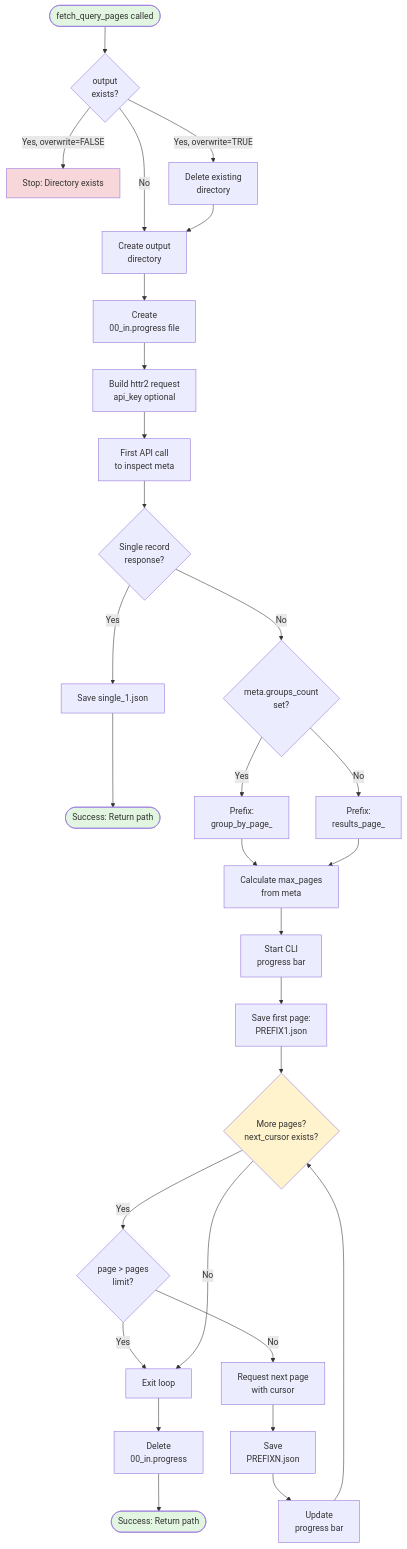
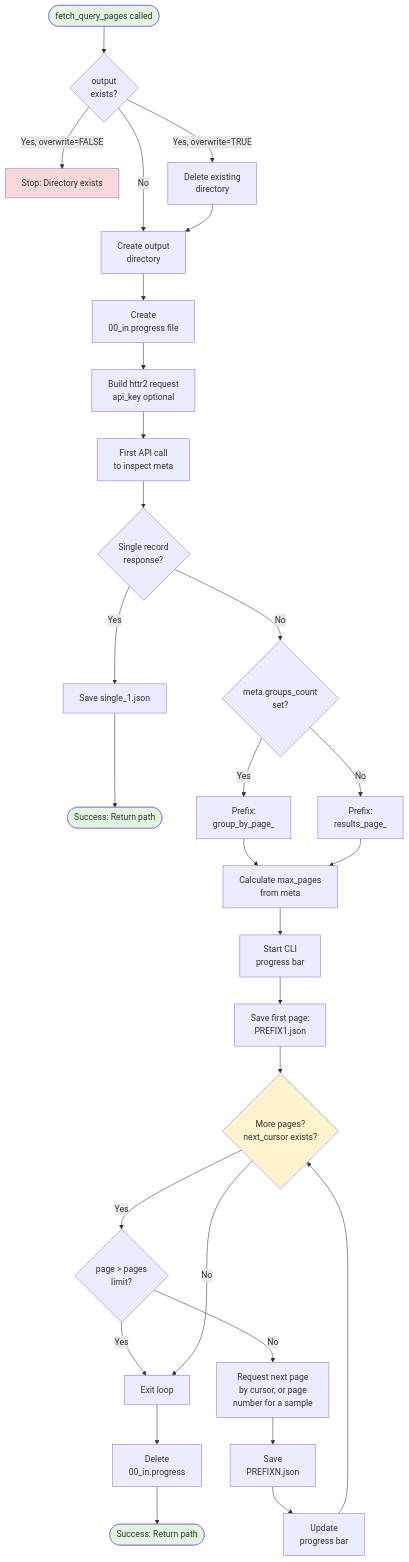
Before and after one commit to openalexPro/openalexPro: the second of 6 diagrams in vignettes/pro_request.qmd, drawn with Mermaid. The commit also changed other lines of this file and 2 other files, not shown here.

Commit message:
docs: describe per-query failures, sample and semantic paging in pro_request()

````diff
--- a/vignettes/pro_request.qmd
+++ b/vignettes/pro_request.qmd
@@ -304,45 +309,45 @@
 ```{mermaid}
 flowchart TD
     Start([fetch_query_pages called]) --> CheckOutput{output<br/>exists?}
 
     CheckOutput -->|Yes, overwrite=FALSE| ErrorExists[Stop: Directory exists]
     CheckOutput -->|Yes, overwrite=TRUE| DeleteDir[Delete existing<br/>directory]
     CheckOutput -->|No| CreateDir[Create output<br/>directory]
 
     DeleteDir --> CreateDir
     CreateDir --> CreateProgress[Create<br/>00_in.progress file]
     CreateProgress --> BuildRequest[Build httr2 request<br/>api_key optional]
 
     BuildRequest --> FirstRequest[First API call<br/>to inspect meta]
     FirstRequest --> CheckSingle{Single record<br/>response?}
 
     CheckSingle -->|Yes| SaveSingle[Save single_1.json]
     SaveSingle --> Success1([Success: Return path])
 
     CheckSingle -->|No| CheckGroup{meta.groups_count<br/>set?}
     CheckGroup -->|Yes| PrefixGroup[Prefix:<br/>group_by_page_]
     CheckGroup -->|No| PrefixResults[Prefix:<br/>results_page_]
     PrefixGroup --> CalcMaxPages[Calculate max_pages<br/>from meta]
     PrefixResults --> CalcMaxPages
     CalcMaxPages --> StartProgress[Start CLI<br/>progress bar]
     StartProgress --> SaveFirst[Save first page:<br/>PREFIX1.json]
 
     SaveFirst --> PageLoop{More pages?<br/>next_cursor exists?}
 
     PageLoop -->|Yes| CheckLimit{page > pages<br/>limit?}
     CheckLimit -->|Yes| Done[Exit loop]
-    CheckLimit -->|No| NextRequest[Request next page<br/>with cursor]
+    CheckLimit -->|No| NextRequest[Request next page<br/>by cursor, or page<br/>number for a sample]
     NextRequest --> SavePage[Save<br/>PREFIXN.json]
     SavePage --> UpdateProgress[Update<br/>progress bar]
     UpdateProgress --> PageLoop
 
     PageLoop -->|No| Done
     Done --> DeleteProgressFile[Delete<br/>00_in.progress]
     DeleteProgressFile --> Success2([Success: Return path])
 
     style Start fill:#e1f5e1
     style Success1 fill:#e1f5e1
     style Success2 fill:#e1f5e1
     style ErrorExists fill:#f8d7da
     style PageLoop fill:#fff3cd
 ```
````
